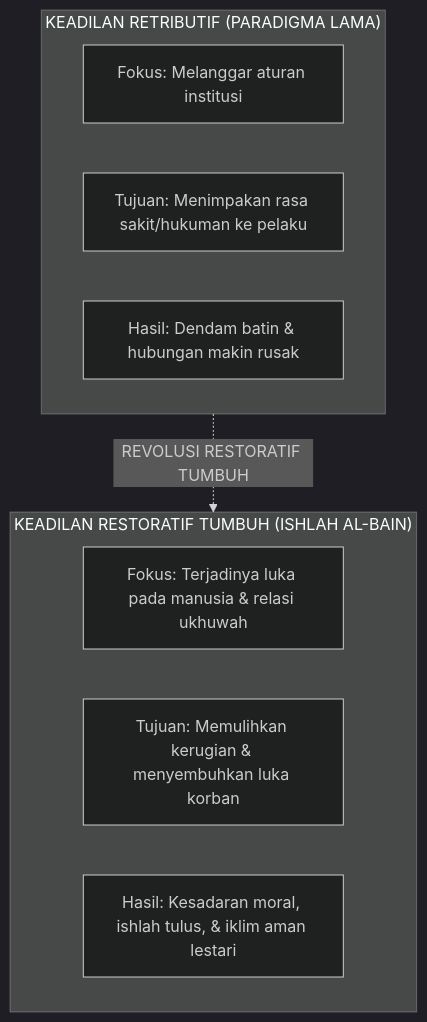
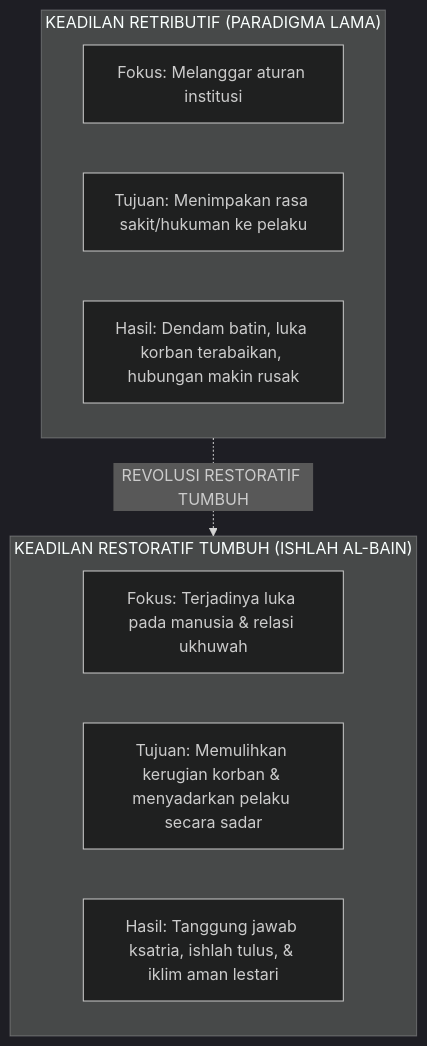
The diagram in BOOK Series 2/Volume-04-Intervensi-PBIS-dan-Disiplin-Restoratif/Bab-05-Disiplin-Restoratif-dan-Ishlah-3R/01-Filosofi-Keadilan-Restoratif-Ishlah-al-Bain.md (wandiapriliyandi/tumbuh), drawn with Mermaid (dark theme) before and after one commit. The commit also changed other lines of this file and 61 other files, not shown here.

````diff
--- a/BOOK Series 2/Volume-04-Intervensi-PBIS-dan-Disiplin-Restoratif/Bab-05-Disiplin-Restoratif-dan-Ishlah-3R/01-Filosofi-Keadilan-Restoratif-Ishlah-al-Bain.md
+++ b/BOOK Series 2/Volume-04-Intervensi-PBIS-dan-Disiplin-Restoratif/Bab-05-Disiplin-Restoratif-dan-Ishlah-3R/01-Filosofi-Keadilan-Restoratif-Ishlah-al-Bain.md
@@ -16,16 +21,16 @@
 ```mermaid
 flowchart TD
     subgraph Retributif["KEADILAN RETRIBUTIF (PARADIGMA LAMA)"]
         R1["Fokus: Melanggar aturan institusi"]
         R2["Tujuan: Menimpakan rasa sakit/hukuman ke pelaku"]
-        R3["Hasil: Dendam batin & hubungan makin rusak"]
+        R3["Hasil: Dendam batin, luka korban terabaikan, hubungan makin rusak"]
     end
 
     subgraph Restoratif["KEADILAN RESTORATIF TUMBUH (ISHLAH AL-BAIN)"]
         S1["Fokus: Terjadinya luka pada manusia & relasi ukhuwah"]
-        S2["Tujuan: Memulihkan kerugian & menyembuhkan luka korban"]
-        S3["Hasil: Kesadaran moral, ishlah tulus, & iklim aman lestari"]
+        S2["Tujuan: Memulihkan kerugian korban & menyadarkan pelaku secara sadar"]
+        S3["Hasil: Tanggung jawab ksatria, ishlah tulus, & iklim aman lestari"]
     end
 
     Retributif -.->|REVOLUSI RESTORATIF TUMBUH| Restoratif
 ```
````
